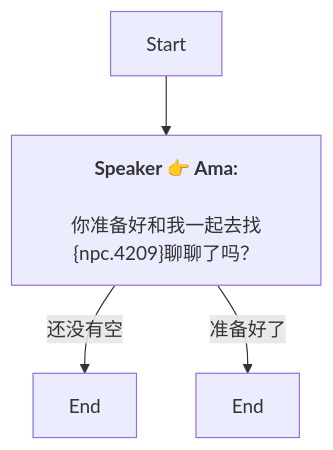
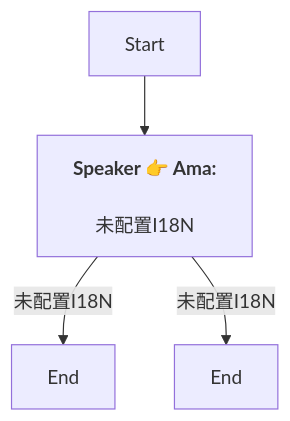
One commit to SoftHu/tos_avg changed the diagram in Zh/AddDialogNode_1754301235927653.md. Above: the diagram before and after it, drawn with Mermaid. The commit also changed 730 other files, not shown here.

````diff
--- a/Zh/AddDialogNode_1754301235927653.md
+++ b/Zh/AddDialogNode_1754301235927653.md
@@ -1,8 +1,8 @@
 ```mermaid
 graph
 Start -->1754301363364455[<b>Speaker 👉 Ama:</b>
-\n你准备好和我一起去找&lbrace;npc.4209&rbrace;聊聊了吗？]
-1754301363364455 -->|还没有空|1754301458449005[End]
-1754301363364455 -->|准备好了|1754301463538286[End]
+\n未配置I18N]
+1754301363364455 -->|未配置I18N|1754301458449005[End]
+1754301363364455 -->|未配置I18N|1754301463538286[End]
 
 ```
````
